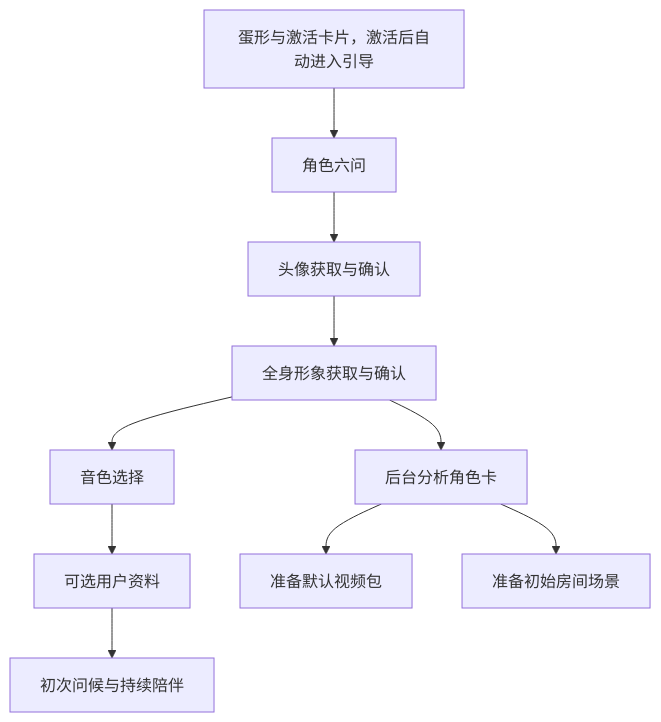
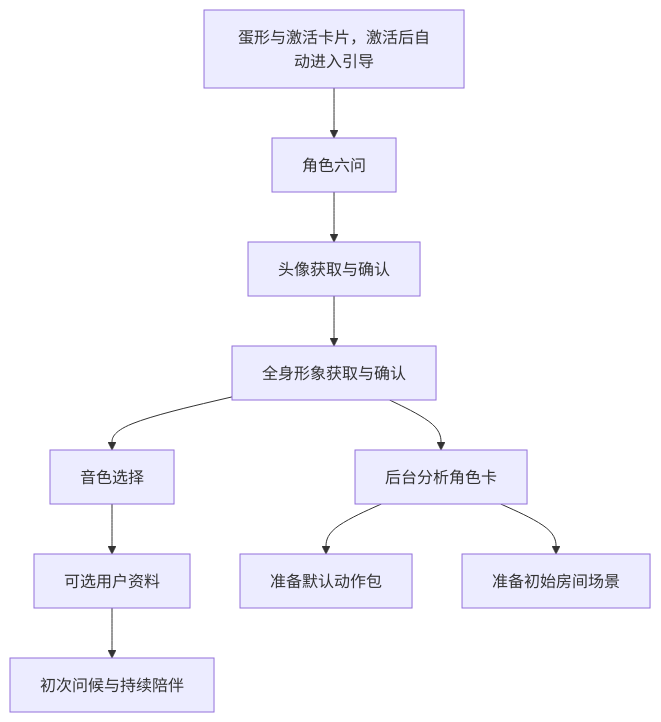
The diagram in docs/DESIGN.md (yangjinming1062/SpiritAgent), drawn with Mermaid before and after one commit. The commit also changed other lines of this file and 62 other files, not shown here.

First line of the commit message:
refactor(backend,client): 动作包区分图片与视频并将拖拽改为静态图片

````diff
--- a/docs/DESIGN.md
+++ b/docs/DESIGN.md
@@ -15,12 +15,12 @@
 ```mermaid
 flowchart TD
     Egg[蛋形与激活卡片，激活后自动进入引导] --> Role[角色六问]
     Role --> Avatar[头像获取与确认]
     Avatar --> Full[全身形象获取与确认]
     Full --> Voice[音色选择]
     Voice --> User[可选用户资料]
     User --> Greeting[初次问候与持续陪伴]
     Full --> Card[后台分析角色卡]
-    Card --> Video[准备默认视频包]
+    Card --> Video[准备默认动作包]
     Card --> Scene[准备初始房间场景]
 ```
````
